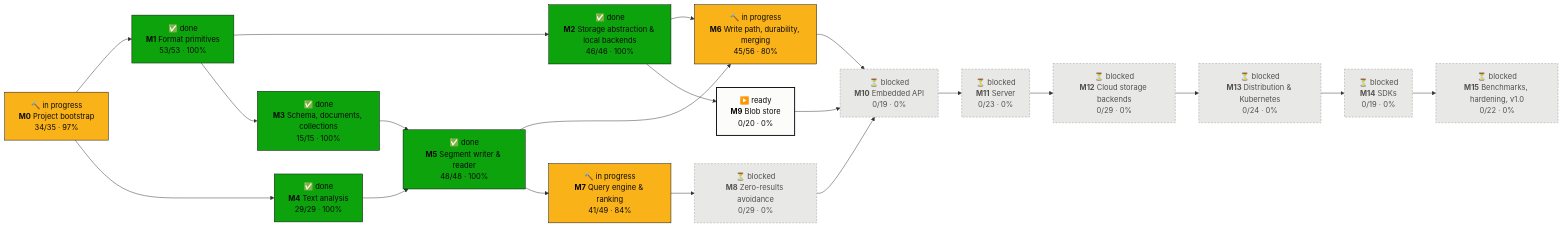
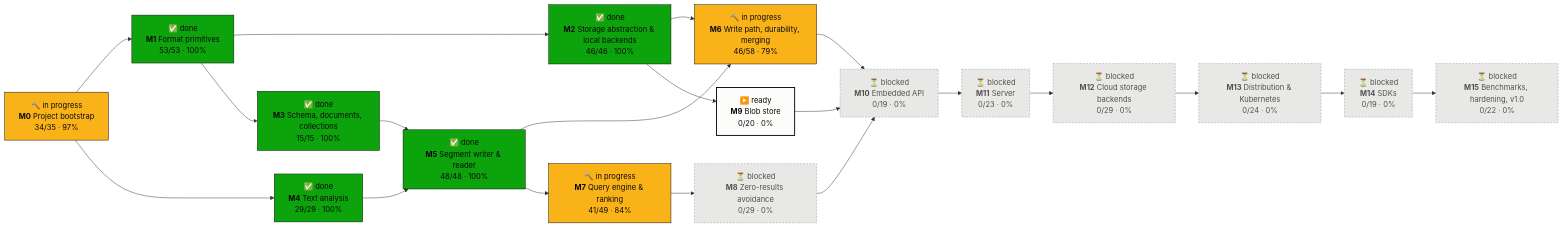
The first of 2 diagrams in PROGRESS.md (tomiok/persiaDB), drawn with Mermaid before and after one commit. The commit also changed other lines of this file and 11 other files, not shown here.

First line of the commit message:
fix(engine): a document upserted during a merge read as absent after it (ROADMAP 6.5.13) (#66)

````diff
--- a/PROGRESS.md
+++ b/PROGRESS.md
@@ -16,42 +16,42 @@
 ```mermaid
 flowchart LR
   M0["🔨 in progress<br/><b>M0</b> Project bootstrap<br/>34/35 · 97%"]:::doing
   M1["✅ done<br/><b>M1</b> Format primitives<br/>53/53 · 100%"]:::done
   M2["✅ done<br/><b>M2</b> Storage abstraction & local backends<br/>46/46 · 100%"]:::done
   M3["✅ done<br/><b>M3</b> Schema, documents, collections<br/>15/15 · 100%"]:::done
   M4["✅ done<br/><b>M4</b> Text analysis<br/>29/29 · 100%"]:::done
   M5["✅ done<br/><b>M5</b> Segment writer & reader<br/>48/48 · 100%"]:::done
-  M6["🔨 in progress<br/><b>M6</b> Write path, durability, merging<br/>45/56 · 80%"]:::doing
+  M6["🔨 in progress<br/><b>M6</b> Write path, durability, merging<br/>46/58 · 79%"]:::doing
   M7["🔨 in progress<br/><b>M7</b> Query engine & ranking<br/>41/49 · 84%"]:::doing
   M8["⏳ blocked<br/><b>M8</b> Zero-results avoidance<br/>0/29 · 0%"]:::blocked
   M9["▶️ ready<br/><b>M9</b> Blob store<br/>0/20 · 0%"]:::ready
   M10["⏳ blocked<br/><b>M10</b> Embedded API<br/>0/19 · 0%"]:::blocked
   M11["⏳ blocked<br/><b>M11</b> Server<br/>0/23 · 0%"]:::blocked
   M12["⏳ blocked<br/><b>M12</b> Cloud storage backends<br/>0/29 · 0%"]:::blocked
   M13["⏳ blocked<br/><b>M13</b> Distribution & Kubernetes<br/>0/24 · 0%"]:::blocked
   M14["⏳ blocked<br/><b>M14</b> SDKs<br/>0/19 · 0%"]:::blocked
   M15["⏳ blocked<br/><b>M15</b> Benchmarks, hardening, v1.0<br/>0/22 · 0%"]:::blocked
   M0 --> M1
   M1 --> M2
   M1 --> M3
   M0 --> M4
   M3 --> M5
   M4 --> M5
   M2 --> M6
   M5 --> M6
   M5 --> M7
   M7 --> M8
   M2 --> M9
   M6 --> M10
   M8 --> M10
   M9 --> M10
   M10 --> M11
   M11 --> M12
   M12 --> M13
   M13 --> M14
   M14 --> M15
   classDef done fill:#0ca30c,stroke:#0b0b0b,color:#0b0b0b
   classDef doing fill:#fab219,stroke:#0b0b0b,color:#0b0b0b
   classDef ready fill:#fcfcfb,stroke:#0b0b0b,stroke-width:2px,color:#0b0b0b
   classDef blocked fill:#e8e8e6,stroke:#9a9a96,stroke-dasharray:4 3,color:#52514e
 ```
````
